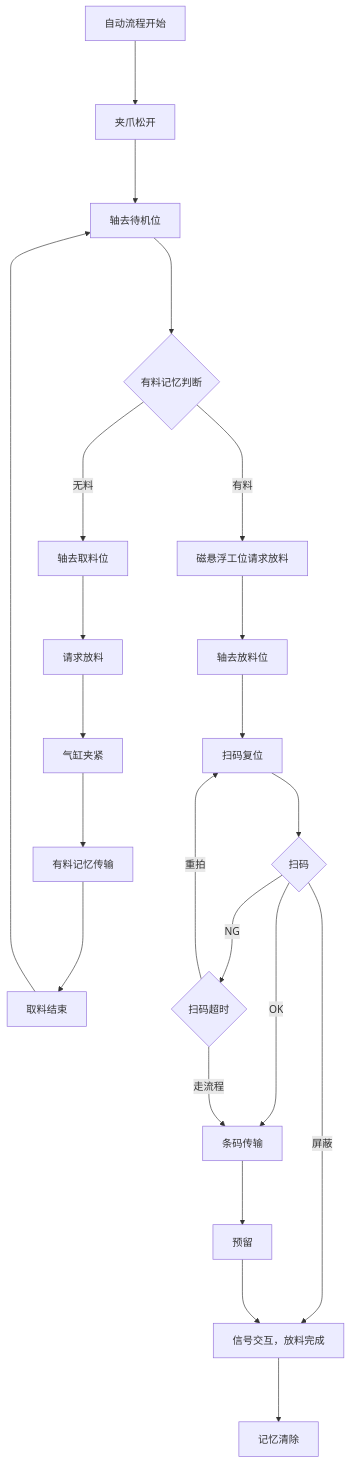
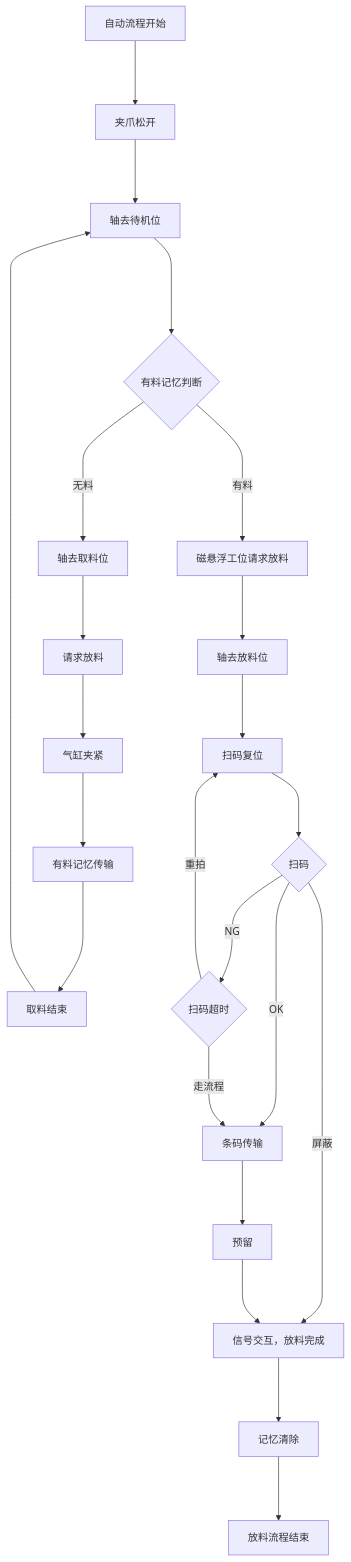
One commit to zmq000/iodraw-files changed the diagram in all/OP70工位8插载具左工位.md. Above: the diagram before and after it, drawn with Mermaid.

Commit message:
2026-06-17 18:47:33 update

````diff
--- a/all/OP70工位8插载具左工位.md
+++ b/all/OP70工位8插载具左工位.md
@@ -1,25 +1,26 @@
 ```mermaid
 graph TD
 自动流程开始--->10
 10[夹爪松开]--->20
 20[轴去待机位]---->30
 30{有料记忆判断}---->|无料|100
 30---->|有料|200
 100[轴去取料位]--->110
 110[请求放料]--->120
 120[气缸夹紧]--->130
 130[有料记忆传输]--->140
 140[取料结束]---->20
 200[磁悬浮工位请求放料]--->210
 210[轴去放料位]--->215
 215[扫码复位]--->220
 220{扫码}--->|OK|230
 220--->|NG|225
 220--->|屏蔽|250
 225{扫码超时}--->|重拍|215
 225--->|走流程|230
 230[条码传输]--->240
 240[预留]--->250
 250[信号交互，放料完成]--->260
-260[记忆清除]
+260[记忆清除]--->270
+270[放料流程结束]
 ```
````
